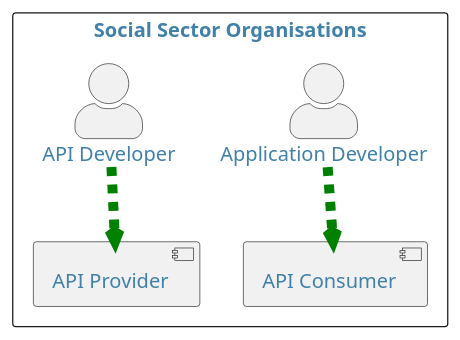
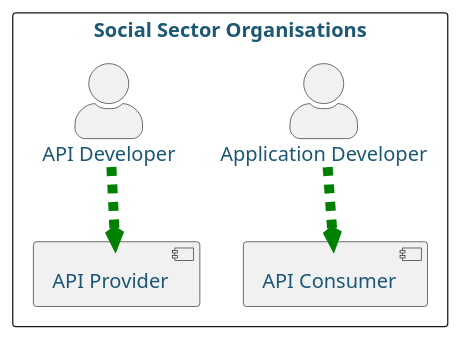
One commit to MiddlewareNewZealand/msd-api-standards changed the first of 5 diagrams in docs/api-concepts/05-standards-component-definitions.md. Above: the diagram before and after it, drawn with PlantUML. The commit also changed other lines of this file and 11 other files, not shown here.

````diff
--- a/docs/api-concepts/05-standards-component-definitions.md
+++ b/docs/api-concepts/05-standards-component-definitions.md
@@ -67,24 +67,24 @@
 ```plantuml alt="Diagram showing API interactions within Social Sector organisations"
 @startuml
 
 skinparam {
-    defaultFontColor #4080a9
+    defaultFontColor #1c5773
     defaultBackgroundColor #d7f8ff
     defaultComponentColour #61d9de
     defaultActorColour #61d9de
     defaultFontSize 16
     defaultArrowThickness 6
     actorStyle awesome
     linetype polyline
 }
 
 rectangle "Social Sector Organisations" {
     component "API Consumer" as AC
     component "API Provider"  as AP
     actor "Application Developer" as APPD
     actor "API Developer" as APID
     APPD .[#green,dashed,thickness=8].> AC
     APID .[#green,dashed,thickness=8].> AP
 }
 @enduml
 ```
````
